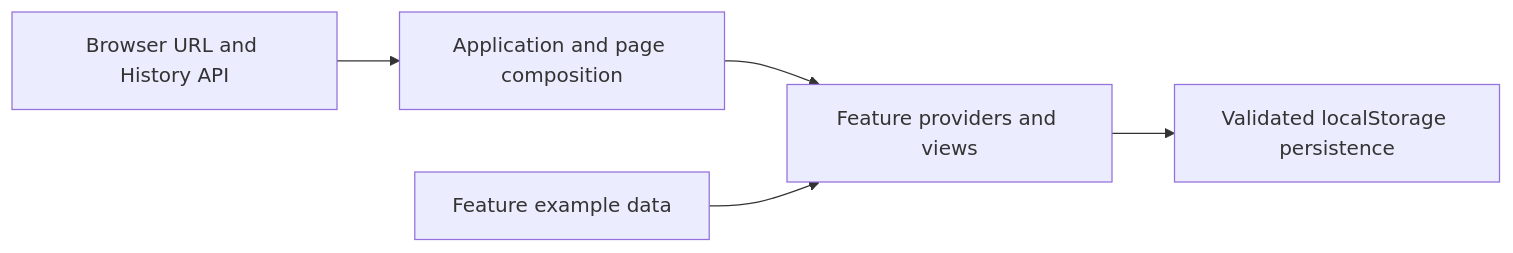
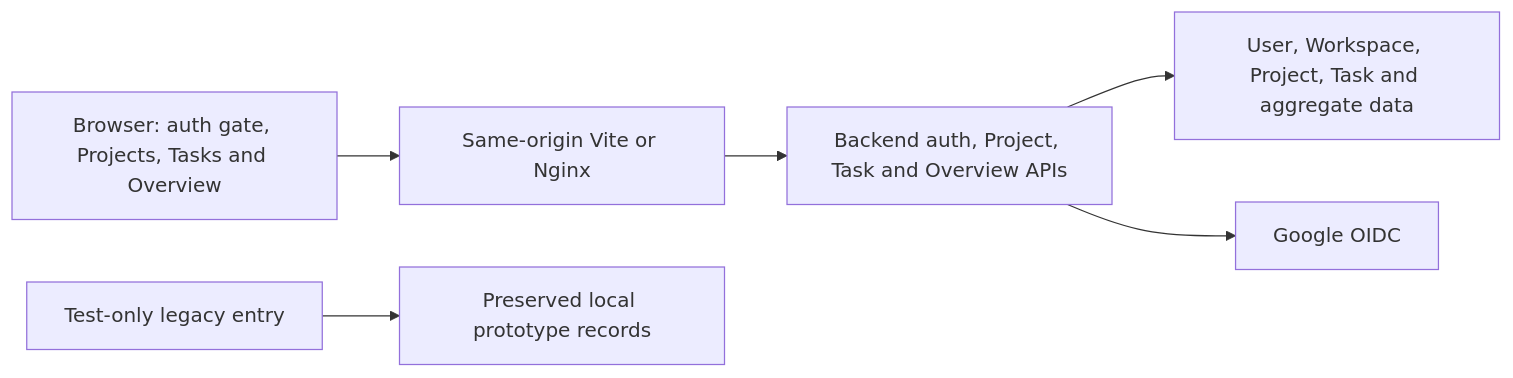
Before and after one commit to kopite97/development-env: the diagram in docs/architecture/overview.md, drawn with Mermaid. The commit also changed other lines of this file and 102 other files, not shown here.

Commit message:
Integrate frontend auth, Project, Overview and Task APIs

````diff
--- a/docs/architecture/overview.md
+++ b/docs/architecture/overview.md
@@ -5,7 +5,8 @@
 ```mermaid
 flowchart LR
-  Browser[Browser URL and History API] --> App[Application and page composition]
-  App --> Features[Feature providers and views]
-  Features --> Storage[Validated localStorage persistence]
-  Fixtures[Feature example data] --> Features
+  Browser[Browser: auth gate, Projects, Tasks and Overview] --> Proxy[Same-origin Vite or Nginx]
+  Proxy --> Backend[Backend auth, Project, Task and Overview APIs]
+  Backend --> Database[User, Workspace, Project, Task and aggregate data]
+  Backend --> OIDC[Google OIDC]
+  Legacy[Test-only legacy entry] --> Storage[Preserved local prototype records]
 ```
````
